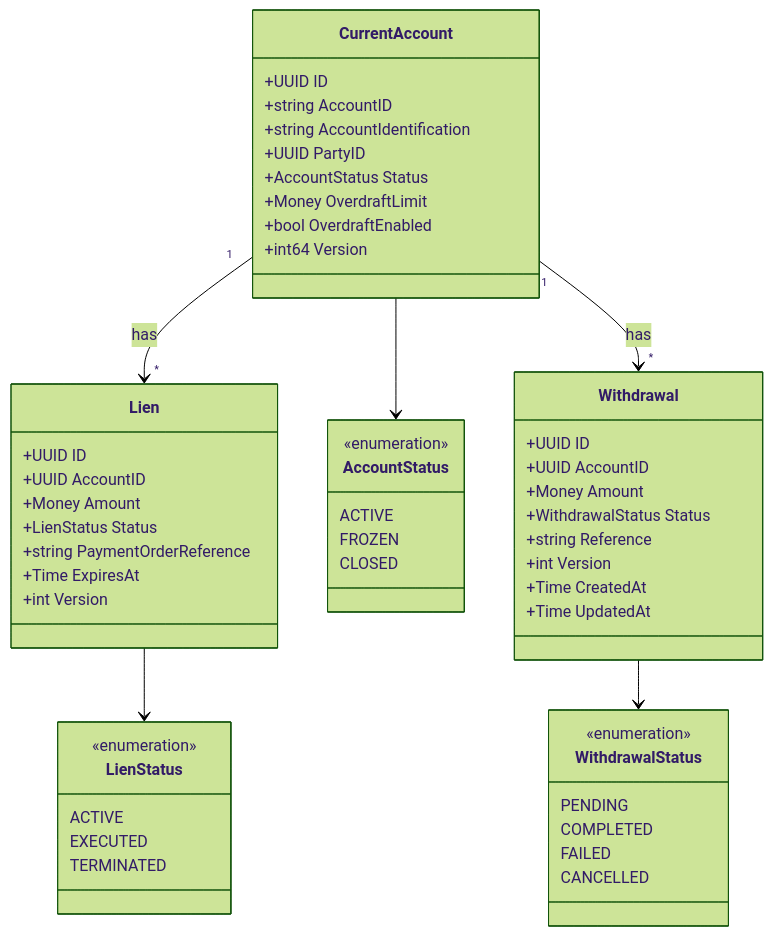
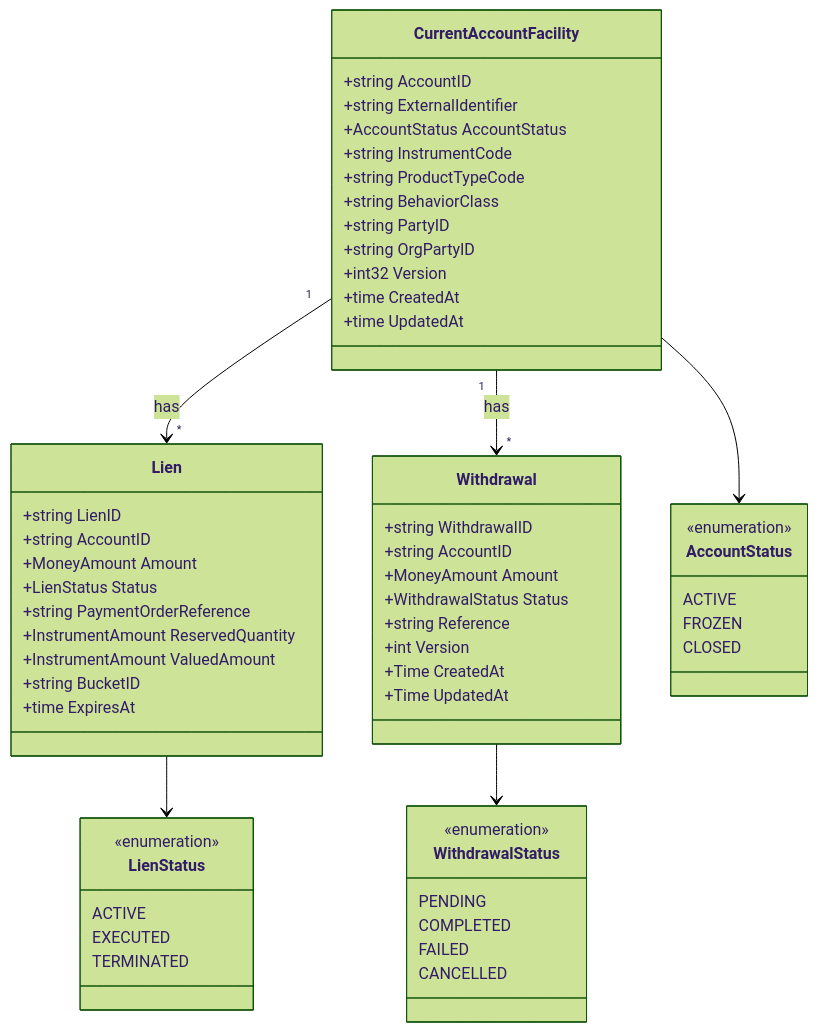
Before and after one commit to meridianhub/meridian: the diagram in services/current-account/README.md, drawn with Mermaid (forest theme). The commit also changed other lines of this file and 2 other files, not shown here.

````diff
--- a/services/current-account/README.md
+++ b/services/current-account/README.md
@@ -92,62 +78,67 @@
 ```mermaid
 classDiagram
-    class CurrentAccount {
-        +UUID ID
+    class CurrentAccountFacility {
         +string AccountID
-        +string AccountIdentification
-        +UUID PartyID
-        +AccountStatus Status
-        +Money OverdraftLimit
-        +bool OverdraftEnabled
-        +int64 Version
+        +string ExternalIdentifier
+        +AccountStatus AccountStatus
+        +string InstrumentCode
+        +string ProductTypeCode
+        +string BehaviorClass
+        +string PartyID
+        +string OrgPartyID
+        +int32 Version
+        +time CreatedAt
+        +time UpdatedAt
     }
 
     class Lien {
-        +UUID ID
-        +UUID AccountID
-        +Money Amount
+        +string LienID
+        +string AccountID
+        +MoneyAmount Amount
         +LienStatus Status
         +string PaymentOrderReference
-        +Time ExpiresAt
-        +int Version
-    }
-
-    class AccountStatus {
-        <<enumeration>>
-        ACTIVE
-        FROZEN
-        CLOSED
+        +InstrumentAmount ReservedQuantity
+        +InstrumentAmount ValuedAmount
+        +string BucketID
+        +time ExpiresAt
     }
 
     class Withdrawal {
-        +UUID ID
-        +UUID AccountID
-        +Money Amount
+        +string WithdrawalID
+        +string AccountID
+        +MoneyAmount Amount
         +WithdrawalStatus Status
         +string Reference
         +int Version
         +Time CreatedAt
         +Time UpdatedAt
     }
 
     class LienStatus {
         <<enumeration>>
         ACTIVE
         EXECUTED
         TERMINATED
     }
 
     class WithdrawalStatus {
         <<enumeration>>
         PENDING
         COMPLETED
         FAILED
         CANCELLED
     }
 
-    CurrentAccount "1" --> "*" Lien : has
-    CurrentAccount "1" --> "*" Withdrawal : has
-    CurrentAccount --> AccountStatus
+    class AccountStatus {
+        <<enumeration>>
+        ACTIVE
+        FROZEN
+        CLOSED
+    }
+
+    CurrentAccountFacility "1" --> "*" Lien : has
+    CurrentAccountFacility "1" --> "*" Withdrawal : has
+    CurrentAccountFacility --> AccountStatus
     Lien --> LienStatus
     Withdrawal --> WithdrawalStatus
 ```
````
